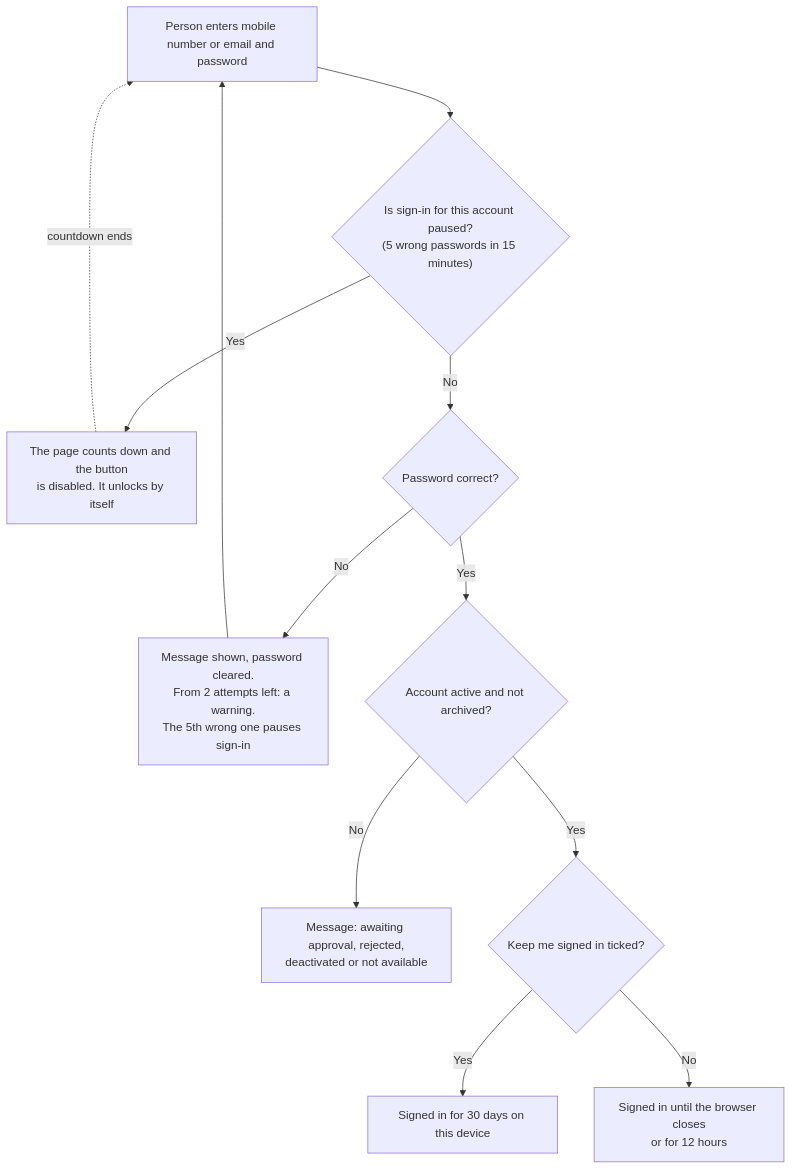
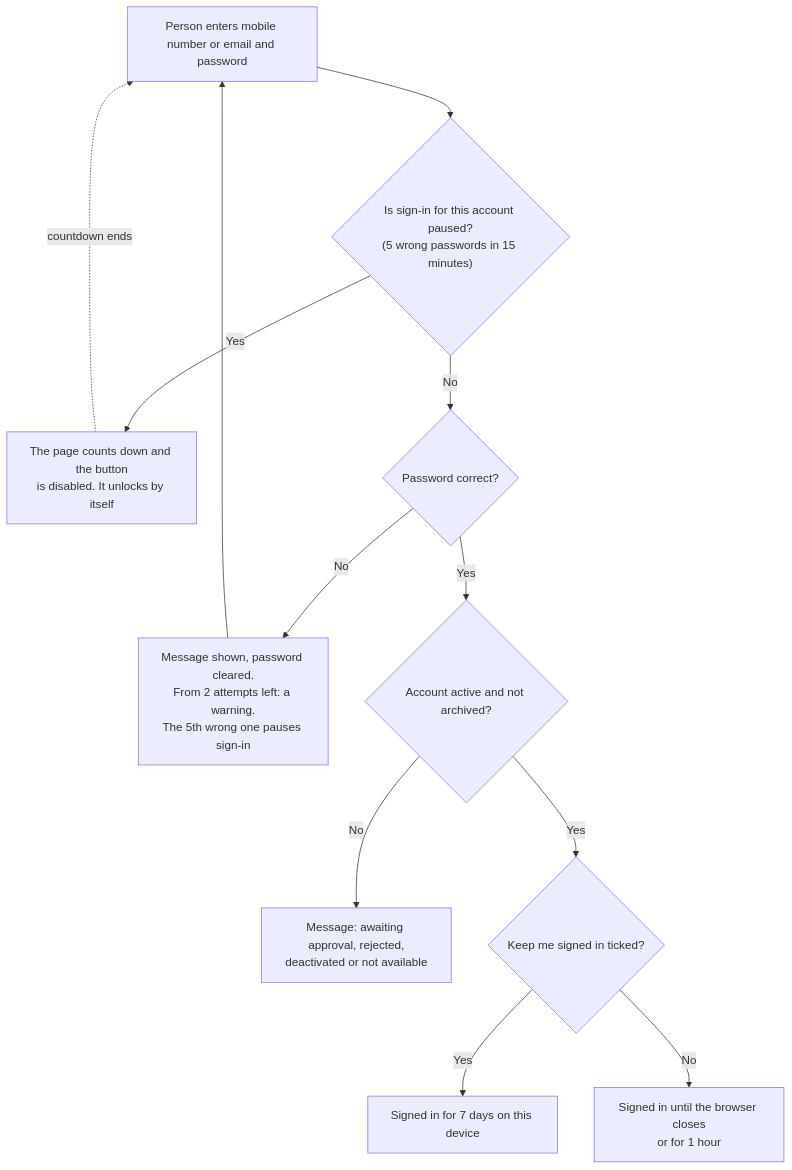
One commit to krulciferikaru/SWIFT changed the seventh of 9 diagrams in docs/flowcharts.md. Above: the diagram before and after it, drawn with Mermaid. The commit also changed 21 other files, not shown here.

````diff
--- a/docs/flowcharts.md
+++ b/docs/flowcharts.md
@@ -108,14 +108,14 @@
 ```mermaid
 flowchart TD
   A["Person enters mobile number or email and password"] --> B{"Is sign-in for this account paused?<br/>(5 wrong passwords in 15 minutes)"}
   B -- "Yes" --> C["The page counts down and the button<br/>is disabled. It unlocks by itself"]
   C -. "countdown ends" .-> A
   B -- "No" --> D{"Password correct?"}
   D -- "No" --> E["Message shown, password cleared.<br/>From 2 attempts left: a warning.<br/>The 5th wrong one pauses sign-in"]
   E --> A
   D -- "Yes" --> F{"Account active and not archived?"}
   F -- "No" --> G["Message: awaiting approval, rejected,<br/>deactivated or not available"]
   F -- "Yes" --> H{"Keep me signed in ticked?"}
-  H -- "Yes" --> I["Signed in for 30 days on this device"]
-  H -- "No" --> J["Signed in until the browser closes<br/>or for 12 hours"]
+  H -- "Yes" --> I["Signed in for 7 days on this device"]
+  H -- "No" --> J["Signed in until the browser closes<br/>or for 1 hour"]
 ```
````
